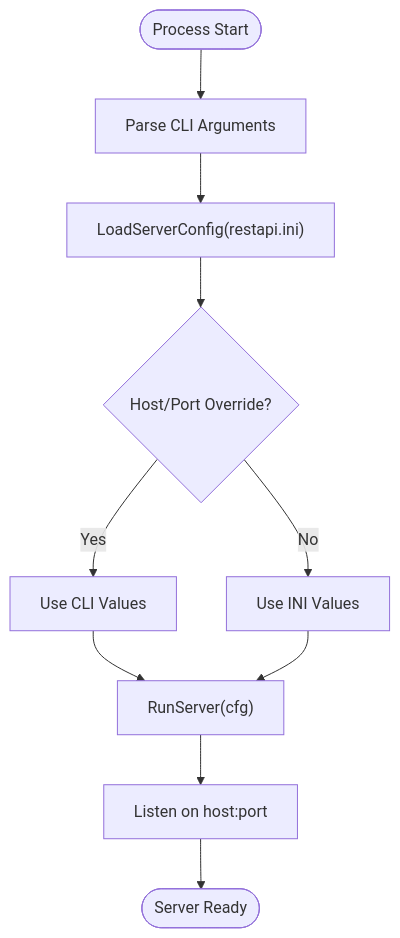
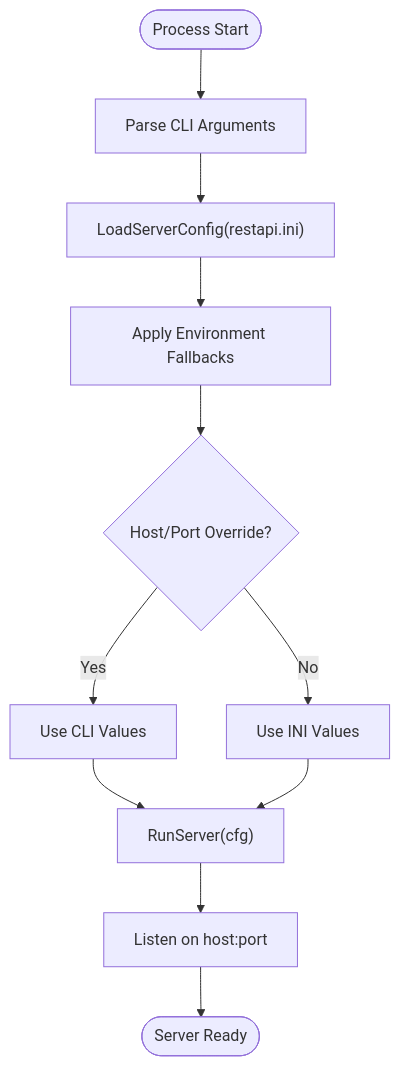
One commit to hsmbanlance/HsBaSlicer changed the fifth of 9 diagrams in .qoder/repowiki/en/content/Core Modules/REST API Server.md. Above: the diagram before and after it, drawn with Mermaid. The commit also changed other lines of this file and 101 other files, not shown here.

````diff
--- a/.qoder/repowiki/en/content/Core Modules/REST API Server.md
+++ b/.qoder/repowiki/en/content/Core Modules/REST API Server.md
@@ -139,12 +284,13 @@
 ```mermaid
 flowchart TD
 Start(["Process Start"]) --> ParseArgs["Parse CLI Arguments"]
 ParseArgs --> LoadCfg["LoadServerConfig(restapi.ini)"]
-LoadCfg --> ApplyOverrides{"Host/Port Override?"}
+LoadCfg --> ApplyEnv["Apply Environment Fallbacks"]
+ApplyEnv --> ApplyOverrides{"Host/Port Override?"}
 ApplyOverrides --> |Yes| UseOverride["Use CLI Values"]
 ApplyOverrides --> |No| UseIni["Use INI Values"]
 UseOverride --> Run["RunServer(cfg)"]
 UseIni --> Run
 Run --> Listen["Listen on host:port"]
 Listen --> Ready(["Server Ready"])
 ```
````
